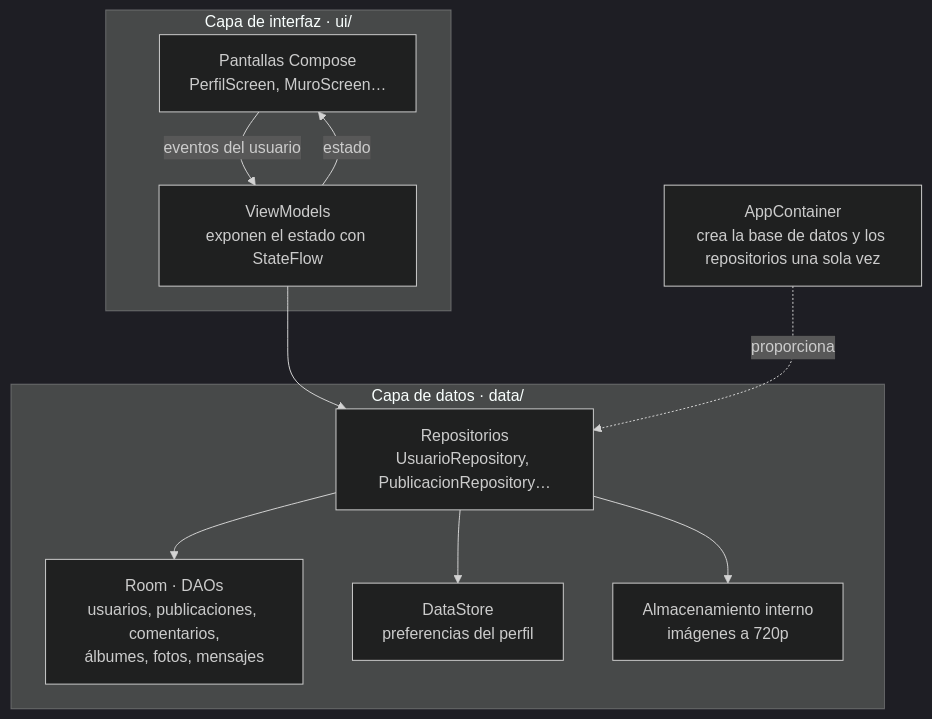
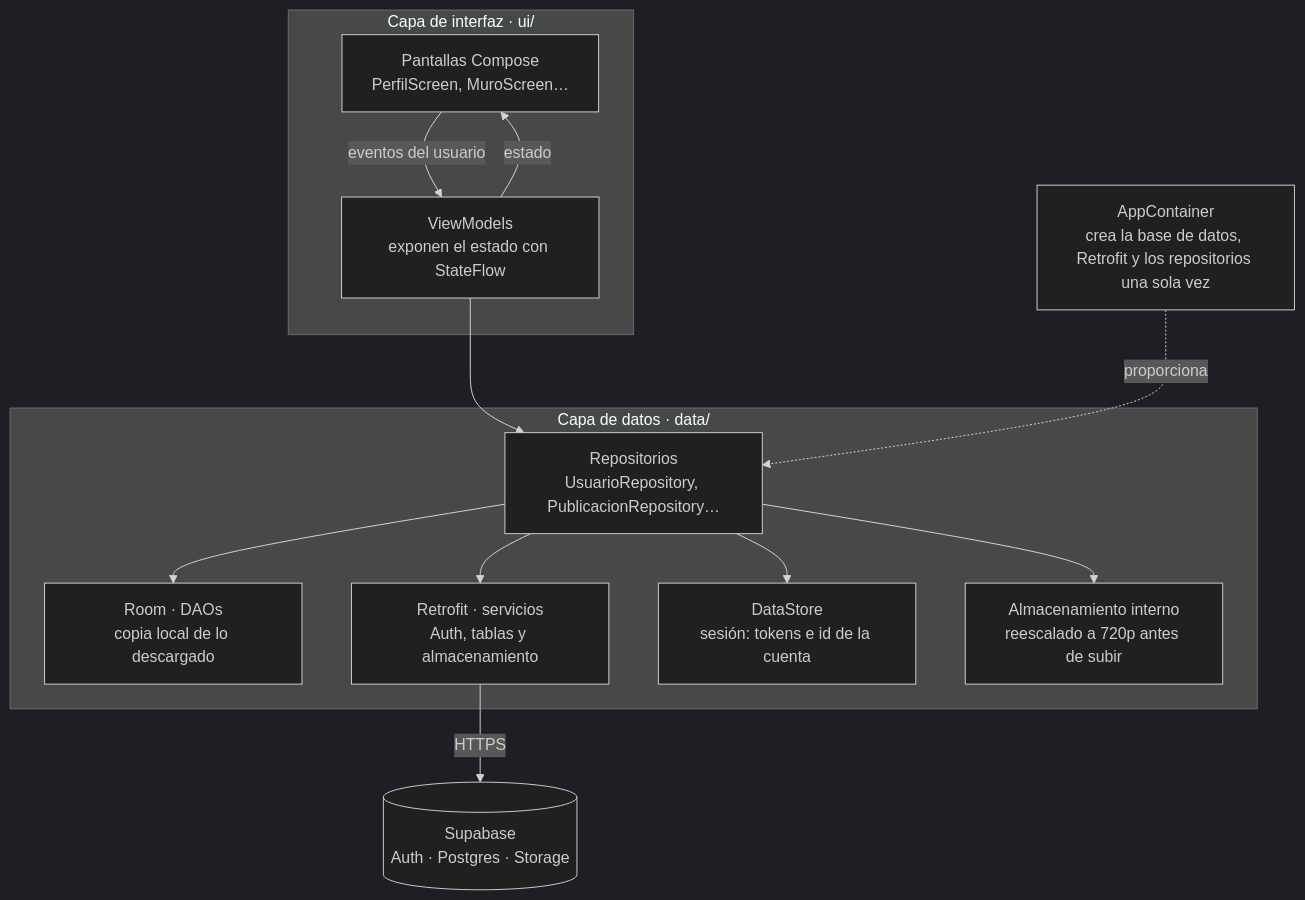
One commit to yeray06/Retroconver changed the first of 2 diagrams in docs/arquitectura.md. Above: the diagram before and after it, drawn with Mermaid (dark theme). The commit also changed other lines of this file and 4 other files, not shown here.

````diff
--- a/docs/arquitectura.md
+++ b/docs/arquitectura.md
@@ -9,22 +9,26 @@
 ```mermaid
 flowchart TB
     subgraph UI["Capa de interfaz · ui/"]
         S["Pantallas Compose<br/>PerfilScreen, MuroScreen…"]
         VM["ViewModels<br/>exponen el estado con StateFlow"]
     end
     subgraph DATA["Capa de datos · data/"]
         R["Repositorios<br/>UsuarioRepository, PublicacionRepository…"]
-        DAO["Room · DAOs<br/>usuarios, publicaciones, comentarios,<br/>álbumes, fotos, mensajes"]
-        DS["DataStore<br/>preferencias del perfil"]
-        IMG["Almacenamiento interno<br/>imágenes a 720p"]
+        DAO["Room · DAOs<br/>copia local de lo descargado"]
+        API["Retrofit · servicios<br/>Auth, tablas y almacenamiento"]
+        DS["DataStore<br/>sesión: tokens e id de la cuenta"]
+        IMG["Almacenamiento interno<br/>reescalado a 720p antes de subir"]
     end
-    C["AppContainer<br/>crea la base de datos y los repositorios una sola vez"]
+    SB[("Supabase<br/>Auth · Postgres · Storage")]
+    C["AppContainer<br/>crea la base de datos, Retrofit y los repositorios una sola vez"]
 
     S -- "eventos del usuario" --> VM
     VM -- "estado" --> S
     VM --> R
     R --> DAO
+    R --> API
     R --> DS
     R --> IMG
+    API -- "HTTPS" --> SB
     C -. "proporciona" .-> R
 ```
````
